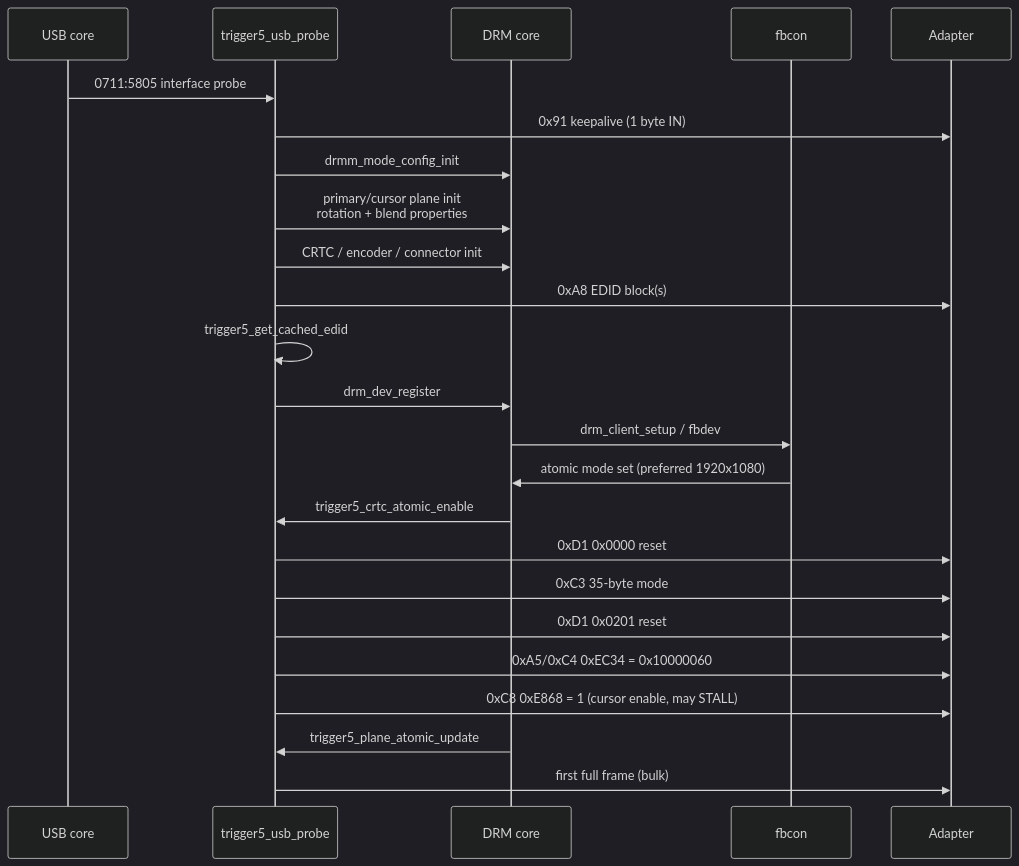
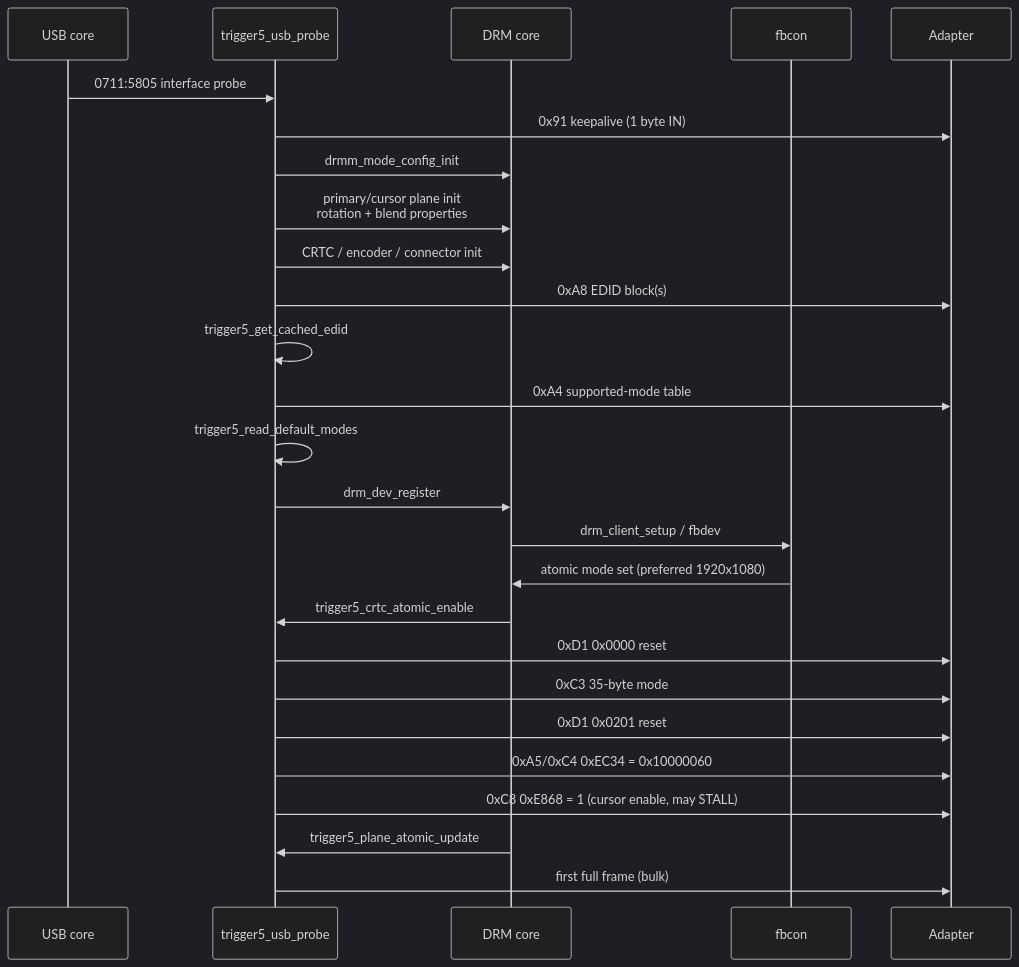
Before and after one commit to IdoitEngineer/mct-trigger5-linux: the second of 4 diagrams in docs/call-flow.md, drawn with Mermaid (dark theme). The commit also changed other lines of this file and 24 other files, not shown here.

````diff
--- a/docs/call-flow.md
+++ b/docs/call-flow.md
@@ -33,27 +34,29 @@
 ```mermaid
 sequenceDiagram
     participant USB as USB core
     participant P as trigger5_usb_probe
     participant D as DRM core
     participant F as fbcon
     participant A as Adapter
 
     USB->>P: 0711:5805 interface probe
     P->>A: 0x91 keepalive (1 byte IN)
     P->>D: drmm_mode_config_init
     P->>D: primary/cursor plane init<br/>rotation + blend properties
     P->>D: CRTC / encoder / connector init
     P->>A: 0xA8 EDID block(s)
     P->>P: trigger5_get_cached_edid
+    P->>A: 0xA4 supported-mode table
+    P->>P: trigger5_read_default_modes
     P->>D: drm_dev_register
     D->>F: drm_client_setup / fbdev
     F->>D: atomic mode set (preferred 1920x1080)
     D->>P: trigger5_crtc_atomic_enable
     P->>A: 0xD1 0x0000 reset
     P->>A: 0xC3 35-byte mode
     P->>A: 0xD1 0x0201 reset
     P->>A: 0xA5/0xC4 0xEC34 = 0x10000060
     P->>A: 0xC8 0xE868 = 1 (cursor enable, may STALL)
     D->>P: trigger5_plane_atomic_update
     P->>A: first full frame (bulk)
 ```
````
